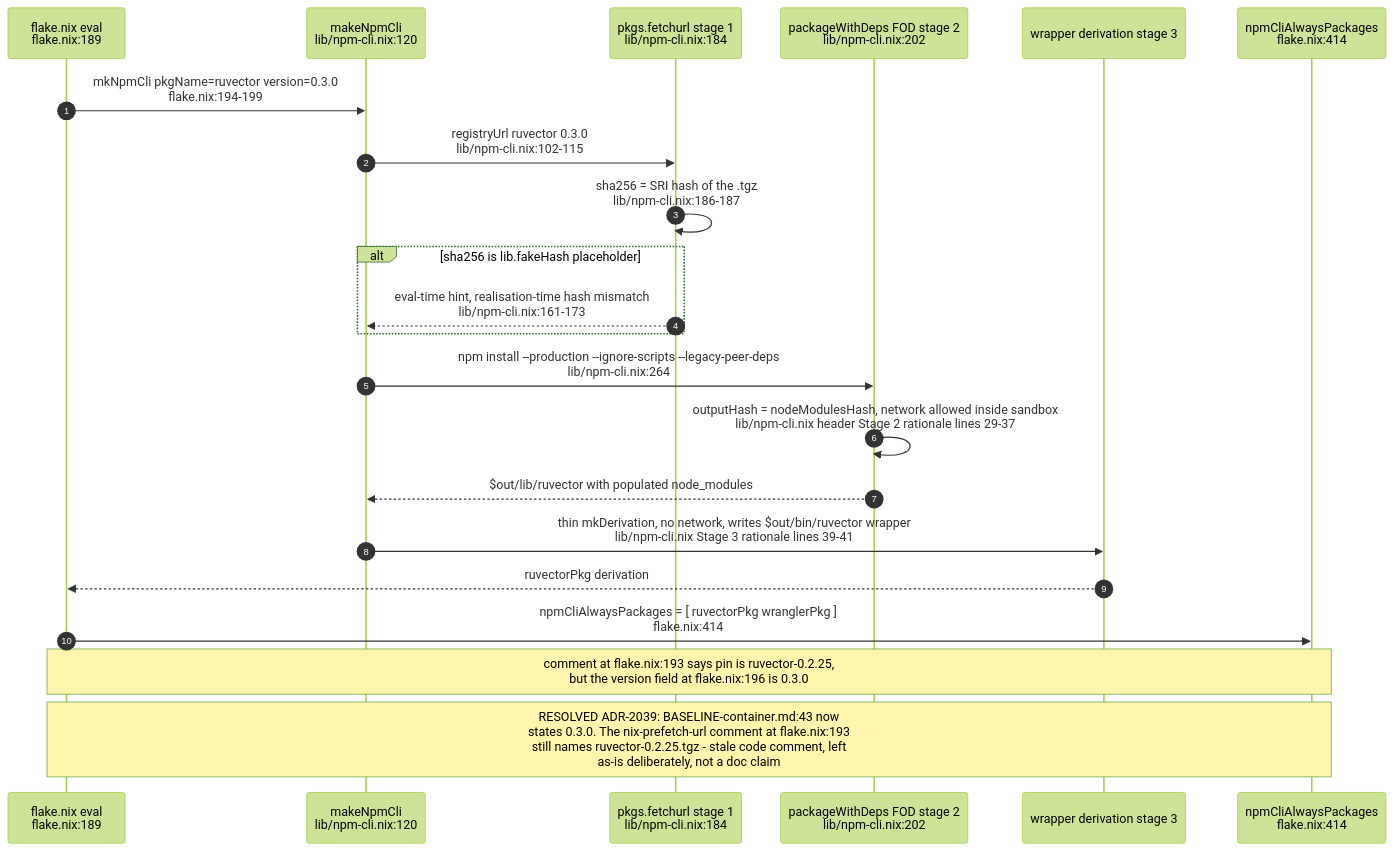
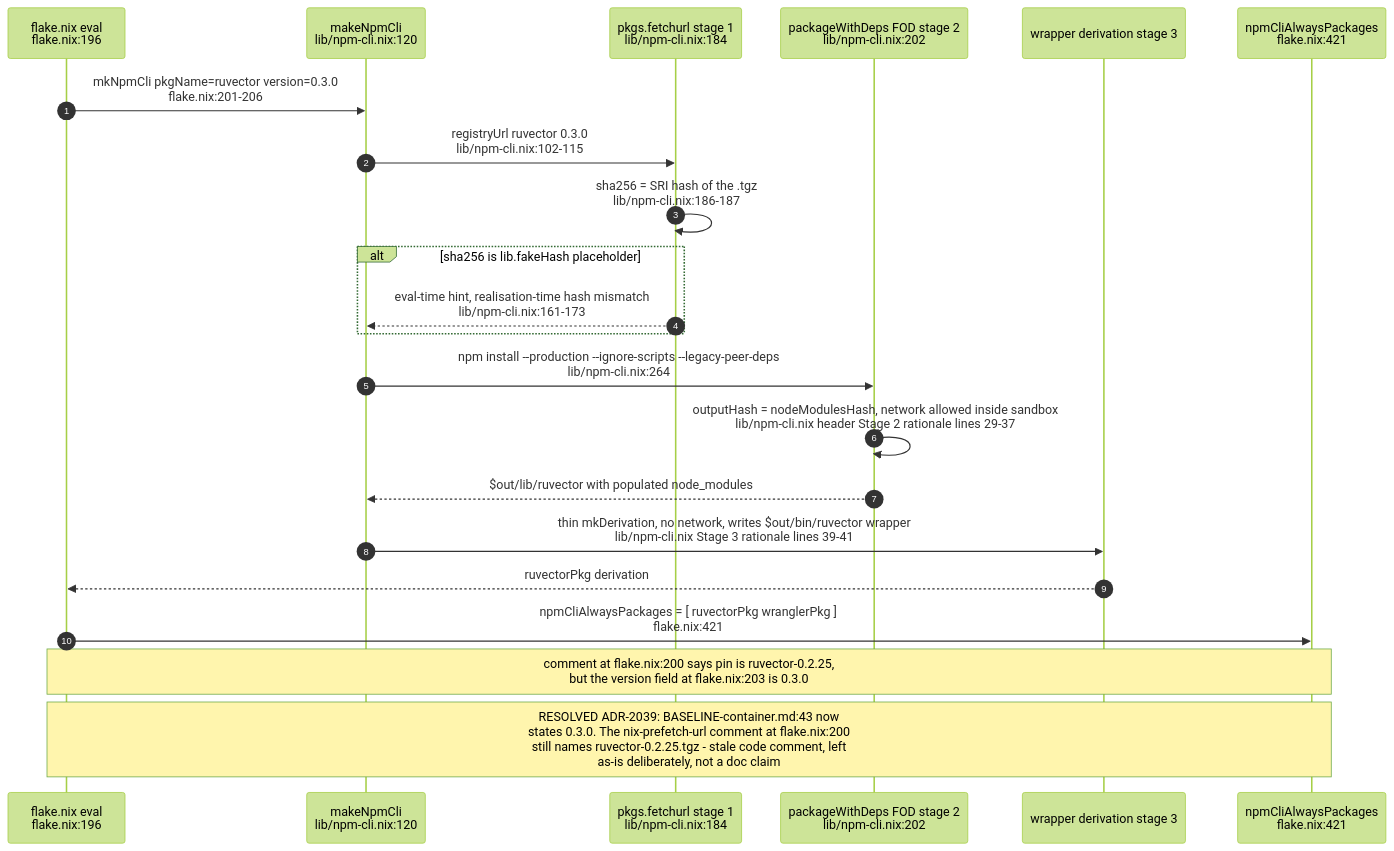
One commit to DreamLab-AI/AR-AI-Knowledge-Graph changed the fifth of 10 diagrams in docs/diagrams/agentbox/01-nix-flake-composition.md. Above: the diagram before and after it, drawn with Mermaid (forest theme). The commit also changed other lines of this file and 73 other files, not shown here.

First line of the commit message:
docs(diagrams): re-verify all 71 topic files against HEAD; add --cite-check

````diff
--- a/docs/diagrams/agentbox/01-nix-flake-composition.md
+++ b/docs/diagrams/agentbox/01-nix-flake-composition.md
@@ -205,25 +205,25 @@
 ```mermaid
 sequenceDiagram
     autonumber
-    participant FLAKE as flake.nix eval<br/>flake.nix:189
+    participant FLAKE as flake.nix eval<br/>flake.nix:196
     participant MK as makeNpmCli<br/>lib/npm-cli.nix:120
     participant FETCH as pkgs.fetchurl stage 1<br/>lib/npm-cli.nix:184
     participant FOD as packageWithDeps FOD stage 2<br/>lib/npm-cli.nix:202
     participant WRAP as wrapper derivation stage 3
-    participant ALWAYS as npmCliAlwaysPackages<br/>flake.nix:414
+    participant ALWAYS as npmCliAlwaysPackages<br/>flake.nix:421
 
-    FLAKE->>MK: mkNpmCli pkgName=ruvector version=0.3.0<br/>flake.nix:194-199
+    FLAKE->>MK: mkNpmCli pkgName=ruvector version=0.3.0<br/>flake.nix:201-206
     MK->>FETCH: registryUrl ruvector 0.3.0<br/>lib/npm-cli.nix:102-115
     FETCH->>FETCH: sha256 = SRI hash of the .tgz<br/>lib/npm-cli.nix:186-187
     alt sha256 is lib.fakeHash placeholder
         FETCH-->>MK: eval-time hint, realisation-time hash mismatch<br/>lib/npm-cli.nix:161-173
     end
     MK->>FOD: npm install --production --ignore-scripts --legacy-peer-deps<br/>lib/npm-cli.nix:264
     FOD->>FOD: outputHash = nodeModulesHash, network allowed inside sandbox<br/>lib/npm-cli.nix header Stage 2 rationale lines 29-37
     FOD-->>MK: $out/lib/ruvector with populated node_modules
     MK->>WRAP: thin mkDerivation, no network, writes $out/bin/ruvector wrapper<br/>lib/npm-cli.nix Stage 3 rationale lines 39-41
     WRAP-->>FLAKE: ruvectorPkg derivation
-    FLAKE->>ALWAYS: npmCliAlwaysPackages = [ ruvectorPkg wranglerPkg ]<br/>flake.nix:414
-    Note over FLAKE,ALWAYS: comment at flake.nix:193 says pin is ruvector-0.2.25,<br/>but the version field at flake.nix:196 is 0.3.0
-    Note over FLAKE,ALWAYS: RESOLVED ADR-2039: BASELINE-container.md:43 now<br/>states 0.3.0. The nix-prefetch-url comment at flake.nix:193<br/>still names ruvector-0.2.25.tgz - stale code comment, left<br/>as-is deliberately, not a doc claim
+    FLAKE->>ALWAYS: npmCliAlwaysPackages = [ ruvectorPkg wranglerPkg ]<br/>flake.nix:421
+    Note over FLAKE,ALWAYS: comment at flake.nix:200 says pin is ruvector-0.2.25,<br/>but the version field at flake.nix:203 is 0.3.0
+    Note over FLAKE,ALWAYS: RESOLVED ADR-2039: BASELINE-container.md:43 now<br/>states 0.3.0. The nix-prefetch-url comment at flake.nix:200<br/>still names ruvector-0.2.25.tgz - stale code comment, left<br/>as-is deliberately, not a doc claim
 ```
````
